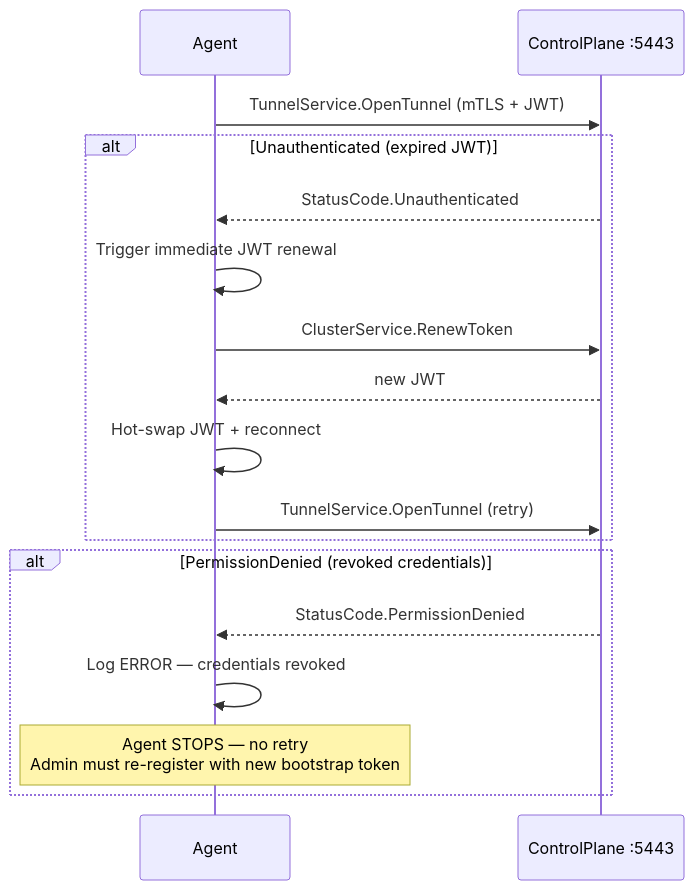
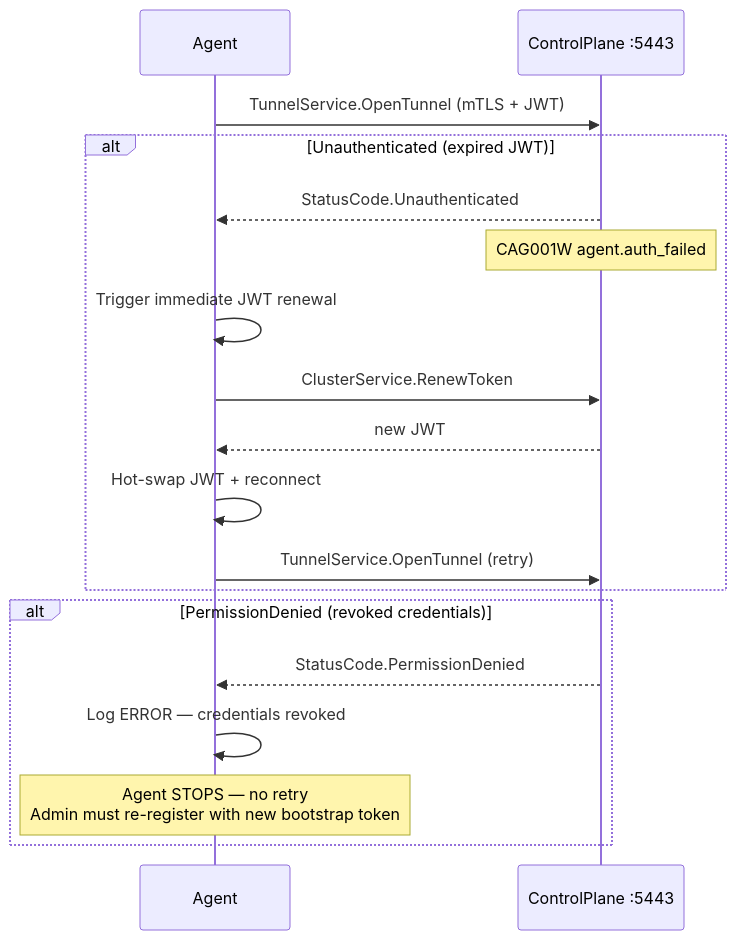
One commit to Clustral/clustral changed the ninth of 18 diagrams in README.md. Above: the diagram before and after it, drawn with Mermaid. The commit also changed other lines of this file and 15 other files, not shown here.

First line of the commit message:
feat(audit): add warning events for agent auth, credential, and proxy failures

````diff
--- a/README.md
+++ b/README.md
@@ -439,22 +440,23 @@
 ```mermaid
 sequenceDiagram
     participant Agent
     participant CP as ControlPlane :5443
 
     Agent->>CP: TunnelService.OpenTunnel (mTLS + JWT)
 
     alt Unauthenticated (expired JWT)
         CP-->>Agent: StatusCode.Unauthenticated
+        Note over CP: CAG001W agent.auth_failed
         Agent->>Agent: Trigger immediate JWT renewal
         Agent->>CP: ClusterService.RenewToken
         CP-->>Agent: new JWT
         Agent->>Agent: Hot-swap JWT + reconnect
         Agent->>CP: TunnelService.OpenTunnel (retry)
     end
 
     alt PermissionDenied (revoked credentials)
         CP-->>Agent: StatusCode.PermissionDenied
         Agent->>Agent: Log ERROR — credentials revoked
         Note over Agent: Agent STOPS — no retry<br/>Admin must re-register with new bootstrap token
     end
 ```
````
